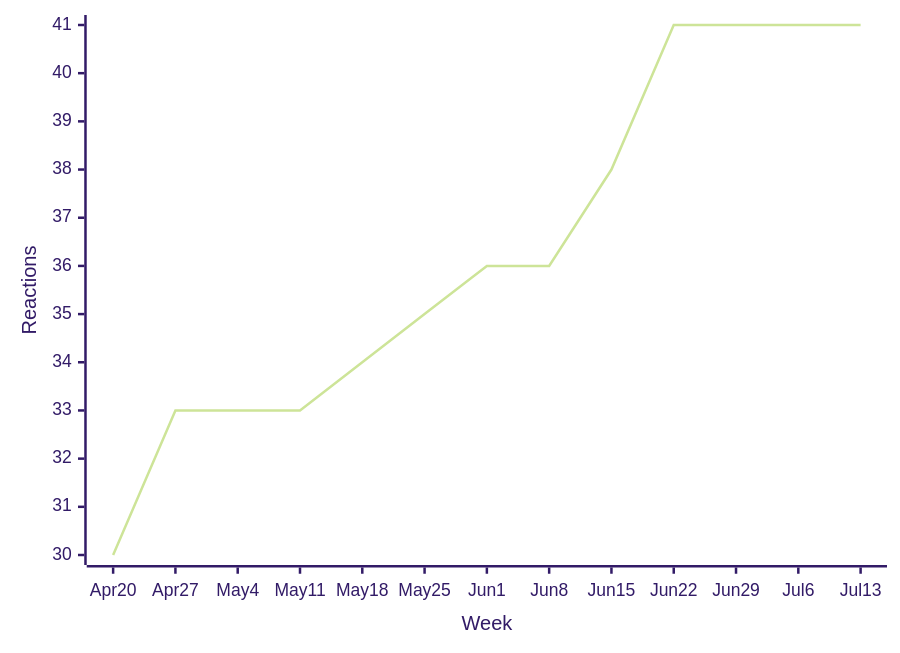
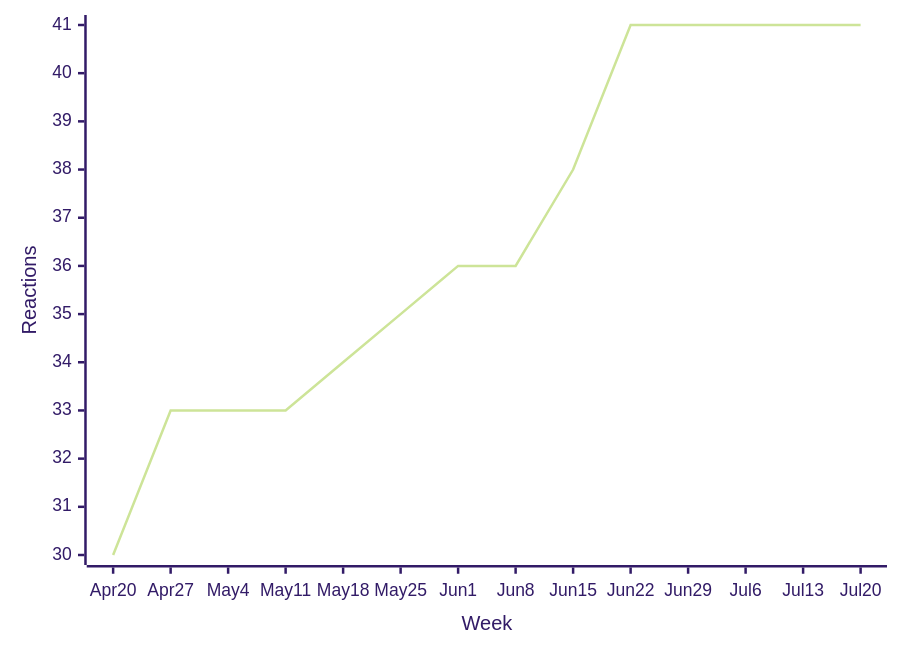
One commit to loic-sharma/github-insights changed diagram 14 of 48 in README.md. Above: the diagram before and after it, drawn with Mermaid (forest theme). The commit also changed other lines of this file and 3 other files, not shown here.

````diff
--- a/README.md
+++ b/README.md
@@ -560,6 +560,6 @@
   ```mermaid
   xychart-beta
-    x-axis "Week" [Apr 20, Apr 27, May 4, May 11, May 18, May 25, Jun 1, Jun 8, Jun 15, Jun 22, Jun 29, Jul 6, Jul 13]
+    x-axis "Week" [Apr 20, Apr 27, May 4, May 11, May 18, May 25, Jun 1, Jun 8, Jun 15, Jun 22, Jun 29, Jul 6, Jul 13, Jul 20]
     y-axis "Reactions"
-    line [30, 33, 33, 33, 34, 35, 36, 36, 38, 41, 41, 41, 41]
+    line [30, 33, 33, 33, 34, 35, 36, 36, 38, 41, 41, 41, 41, 41]
   ```
````
